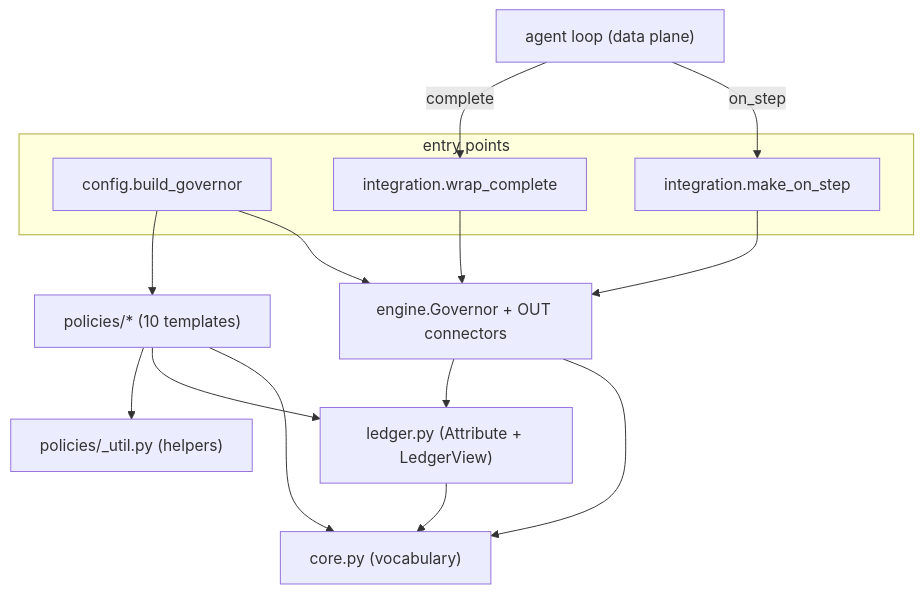
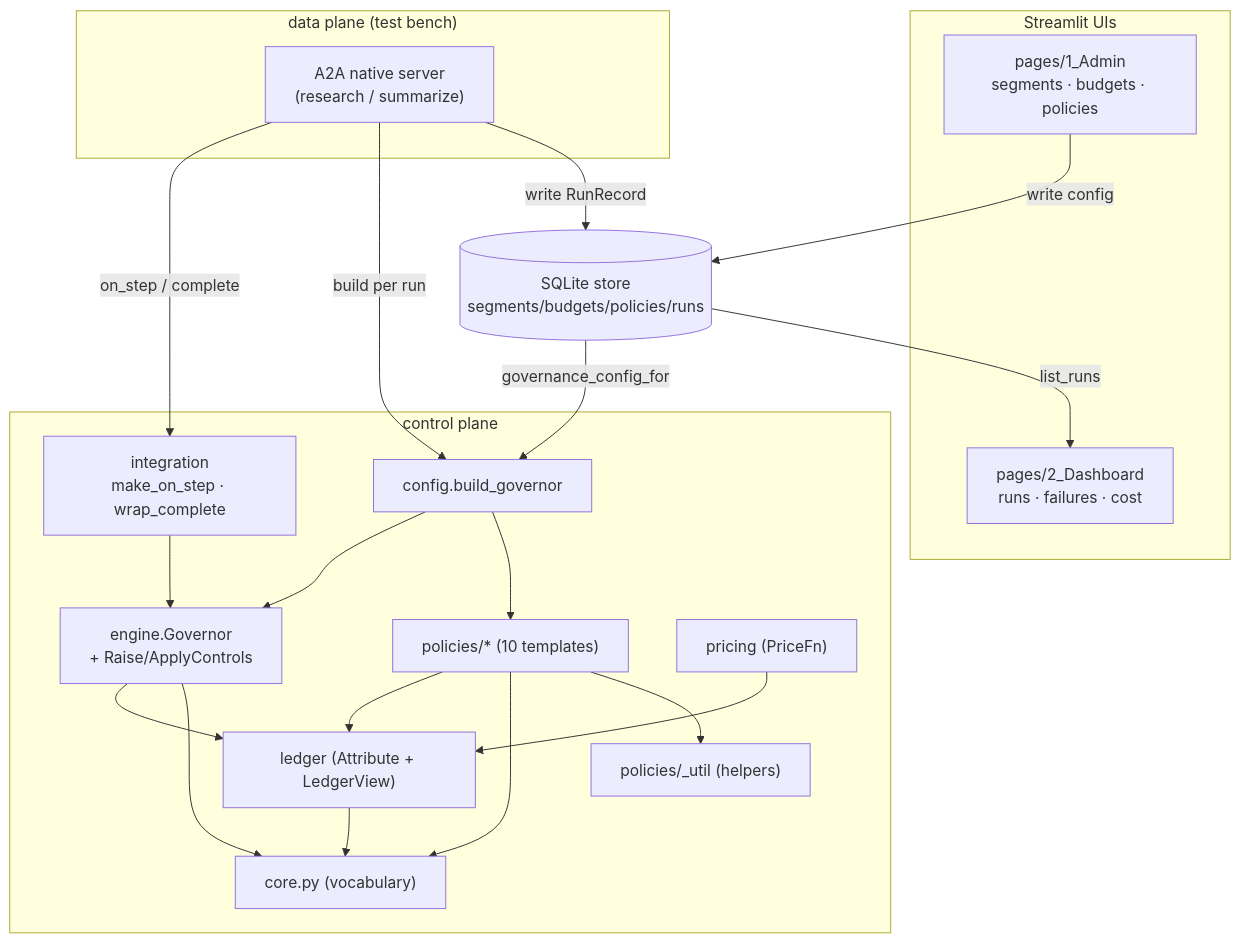
One commit to theagentplane/tokenops changed the diagram in docs/architecture.md. Above: the diagram before and after it, drawn with Mermaid. The commit also changed other lines of this file, not shown here.

First line of the commit message:
docs: refresh dependency graph for Phase 2 (store, pricing, servers, UIs)

````diff
--- a/docs/architecture.md
+++ b/docs/architecture.md
@@ -21,23 +24,42 @@
 ```mermaid
 graph TD
-    subgraph entry["entry points"]
-        cfg["config.build_governor"]
-        onstep["integration.make_on_step"]
-        wrap["integration.wrap_complete"]
+    subgraph dataplane["data plane (test bench)"]
+        agent["A2A native server\n(research / summarize)"]
     end
 
-    agent["agent loop (data plane)"] -->|on_step| onstep
-    agent -->|complete| wrap
+    subgraph uis["Streamlit UIs"]
+        admin["pages/1_Admin\nsegments · budgets · policies"]
+        dash["pages/2_Dashboard\nruns · failures · cost"]
+    end
 
-    cfg --> engine["engine.Governor + OUT connectors"]
-    onstep --> engine
-    wrap --> engine
-    cfg --> policies["policies/* (10 templates)"]
+    store[("SQLite store\nsegments/budgets/policies/runs")]
 
-    engine --> core["core.py (vocabulary)"]
-    engine --> ledger["ledger.py (Attribute + LedgerView)"]
+    subgraph control["control plane"]
+        cfg["config.build_governor"]
+        integ["integration\nmake_on_step · wrap_complete"]
+        engine["engine.Governor\n+ Raise/ApplyControls"]
+        policies["policies/* (10 templates)"]
+        ledger["ledger (Attribute + LedgerView)"]
+        pricing["pricing (PriceFn)"]
+        core["core.py (vocabulary)"]
+        util["policies/_util (helpers)"]
+    end
+
+    admin -->|write config| store
+    store -->|governance_config_for| cfg
+    agent -->|on_step / complete| integ
+    agent -->|build per run| cfg
+    agent -->|write RunRecord| store
+    store -->|list_runs| dash
+
+    cfg --> engine
+    cfg --> policies
+    integ --> engine
+    engine --> ledger
+    engine --> core
+    policies --> ledger
     policies --> core
-    policies --> ledger
-    policies --> util["policies/_util.py (helpers)"]
+    policies --> util
+    pricing --> ledger
     ledger --> core
 ```
````
